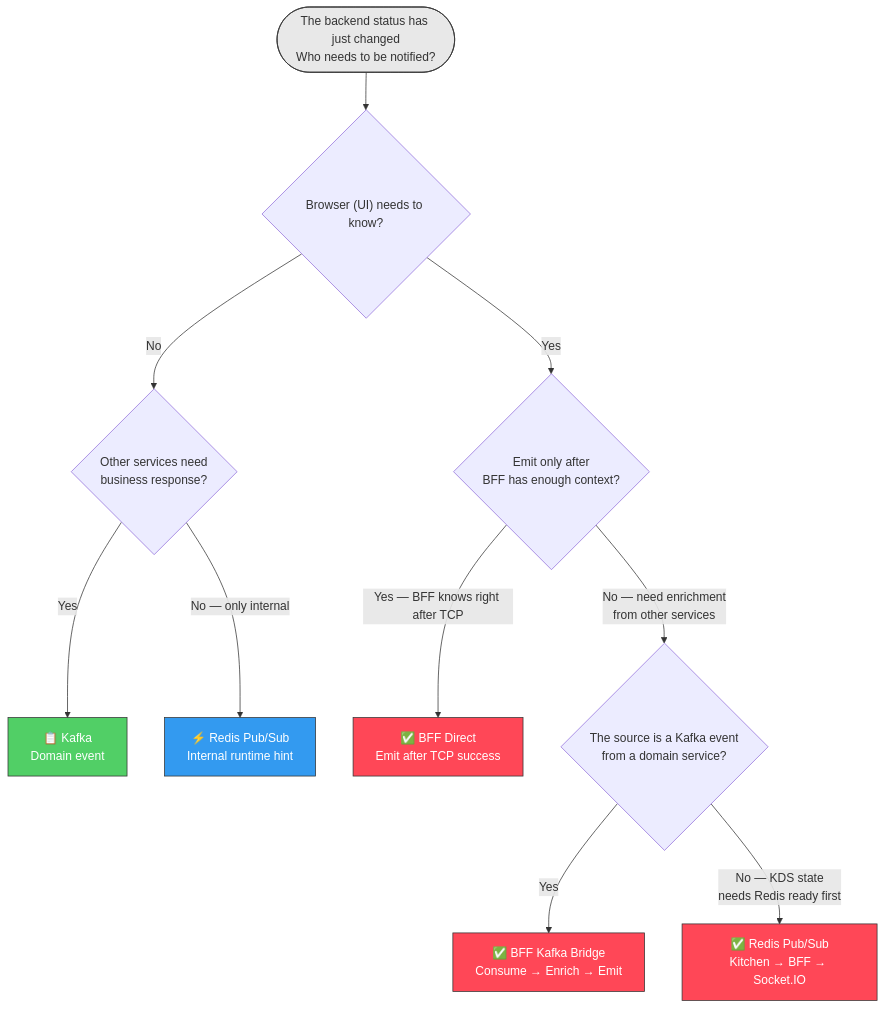
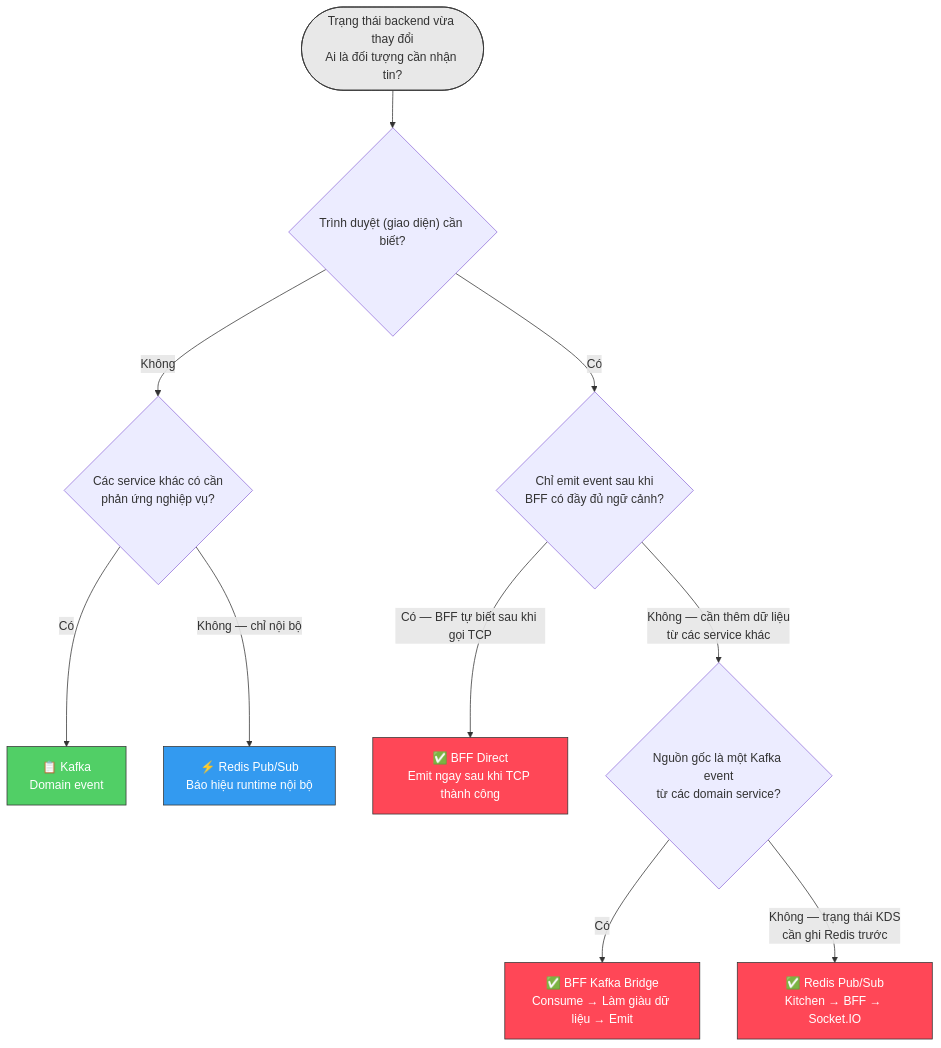
The tenth of 11 diagrams in docs/guides/websocket-socketio-qrtable.md (quan-vo-dinh/saas-pos-microservices-qrtable), drawn with Mermaid before and after one commit. The commit also changed other lines of this file and 8 other files, not shown here.

Commit message:
docs: update architecture guides, codebase map, and consolidation plans

````diff
--- a/docs/guides/websocket-socketio-qrtable.md
+++ b/docs/guides/websocket-socketio-qrtable.md
@@ -775,22 +775,22 @@
 ```mermaid
 flowchart TD
-START(["The backend status has just changed\nWho needs to be notified?"]) --> Q1{"Browser (UI) needs to know?"}
+START(["Trạng thái backend vừa thay đổi\nAi là đối tượng cần nhận tin?"]) --> Q1{"Trình duyệt (giao diện) cần biết?"}
 
-Q1 -->|"No"| Q2{"Other services need\nbusiness response?"}
-Q2 -->|"Yes"| KAFKA["📋 Kafka\nDomain event"]
-Q2 -->|"No — only internal"| REDIS_PUB["⚡ Redis Pub/Sub\nInternal runtime hint"]
+Q1 -->|"Không"| Q2{"Các service khác có cần\nphản ứng nghiệp vụ?"}
+Q2 -->|"Có"| KAFKA["📋 Kafka\nDomain event"]
+Q2 -->|"Không — chỉ nội bộ"| REDIS_PUB["⚡ Redis Pub/Sub\nBáo hiệu runtime nội bộ"]
 
-Q1 -->|"Yes"| Q3{"Emit only after\nBFF has enough context?"}
-Q3 -->|"Yes — BFF knows right after TCP"| DIRECT["✅ BFF Direct\nEmit after TCP success"]
+Q1 -->|"Có"| Q3{"Chỉ emit event sau khi\nBFF có đầy đủ ngữ cảnh?"}
+Q3 -->|"Có — BFF tự biết sau khi gọi TCP"| DIRECT["✅ BFF Direct\nEmit ngay sau khi TCP thành công"]
 
-Q3 -->|"No — need enrichment\nfrom other services"| Q4{"The source is a Kafka event\nfrom a domain service?"}
-Q4 -->|"Yes"| BRIDGE["✅ BFF Kafka Bridge\nConsume → Enrich → Emit"]
-Q4 -->|"No — KDS state\nneeds Redis ready first"| REDISPUB2["✅ Redis Pub/Sub\nKitchen → BFF → Socket.IO"]
+Q3 -->|"Không — cần thêm dữ liệu\ntừ các service khác"| Q4{"Nguồn gốc là một Kafka event\ntừ các domain service?"}
+Q4 -->|"Có"| BRIDGE["✅ BFF Kafka Bridge\nConsume → Làm giàu dữ liệu → Emit"]
+Q4 -->|"Không — trạng thái KDS\ncần ghi Redis trước"| REDISPUB2["✅ Redis Pub/Sub\nKitchen → BFF → Socket.IO"]
 
     style KAFKA fill:#51cf66,stroke:#333,color:#fff
     style REDIS_PUB fill:#339af0,stroke:#333,color:#fff
     style DIRECT fill:#ff4757,stroke:#333,color:#fff
     style BRIDGE fill:#ff4757,stroke:#333,color:#fff
     style REDISPUB2 fill:#ff4757,stroke:#333,color:#fff
     style START fill:#e8e8e8,stroke:#333
 ```
````
